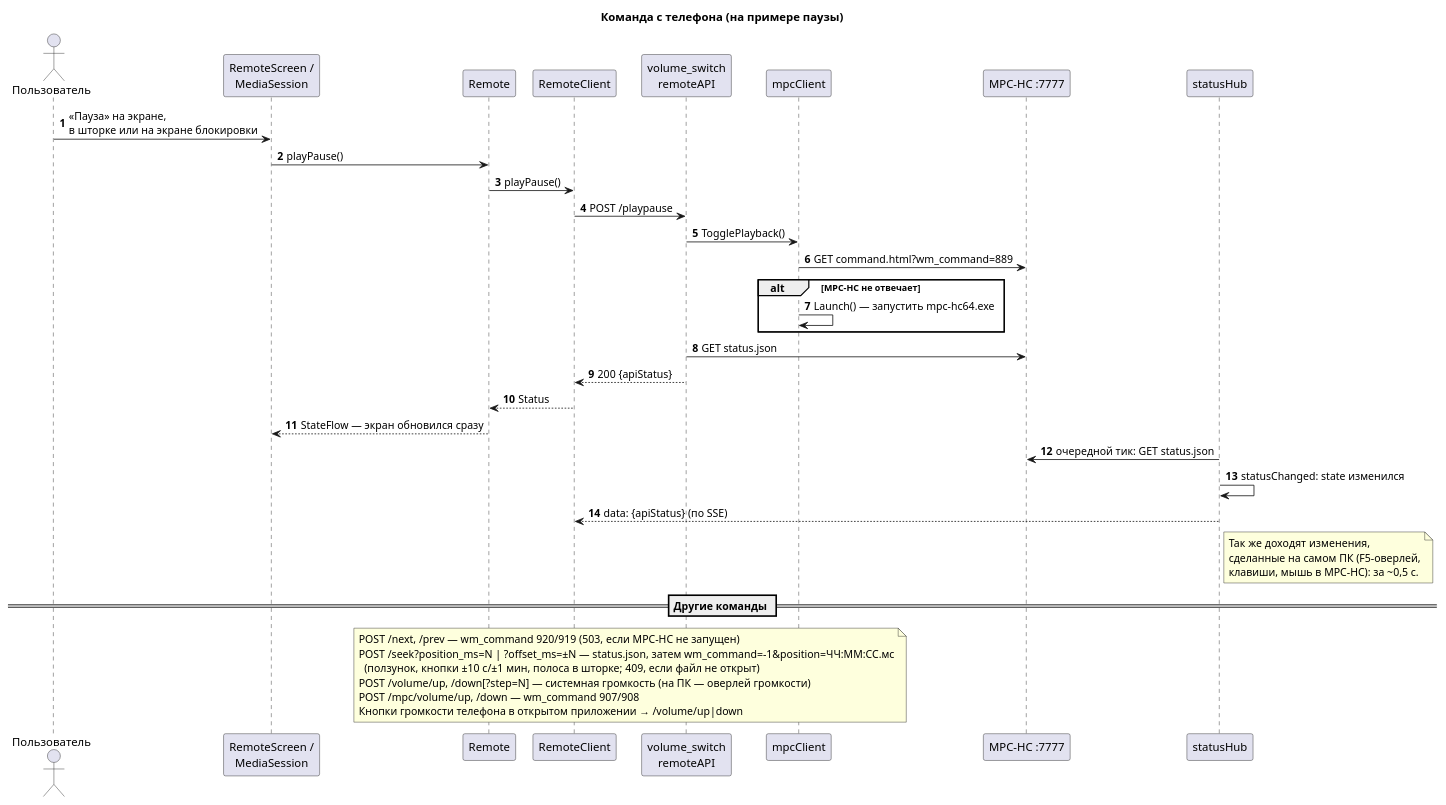
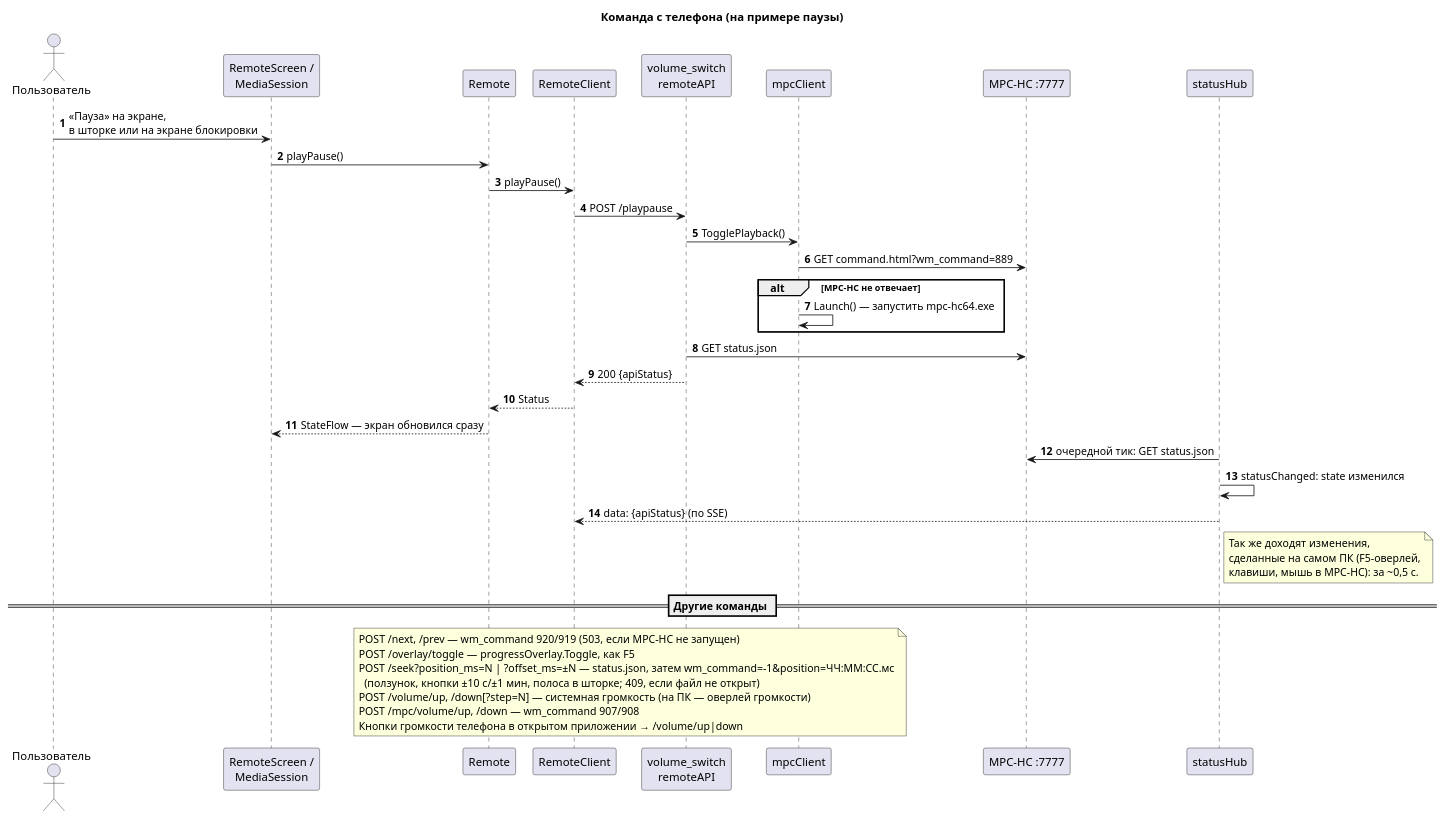
One commit to des1roer/volume_switch changed the diagram in docs/plantuml/03-command.puml. Above: the diagram before and after it, drawn with PlantUML. The commit also changed 10 other files, not shown here.

First line of the commit message:
Toggle the MPC-HC progress overlay from the remote

```diff
--- a/docs/plantuml/03-command.puml
+++ b/docs/plantuml/03-command.puml
@@ -1,46 +1,47 @@
 @startuml remote-command
 title Команда с телефона (на примере паузы)
 
 autonumber
 actor "Пользователь" as user
 participant "RemoteScreen /\nMediaSession" as ui
 participant "Remote" as remote
 participant "RemoteClient" as client
 participant "volume_switch\nremoteAPI" as api
 participant "mpcClient" as mpc
 participant "MPC-HC :7777" as mpchc
 participant "statusHub" as hub
 
 user -> ui : «Пауза» на экране,\nв шторке или на экране блокировки
 ui -> remote : playPause()
 remote -> client : playPause()
 client -> api : POST /playpause
 api -> mpc : TogglePlayback()
 mpc -> mpchc : GET command.html?wm_command=889
 alt MPC-HC не отвечает
   mpc -> mpc : Launch() — запустить mpc-hc64.exe
 end
 api -> mpchc : GET status.json
 api --> client : 200 {apiStatus}
 client --> remote : Status
 remote --> ui : StateFlow — экран обновился сразу
 
 hub -> mpchc : очередной тик: GET status.json
 hub -> hub : statusChanged: state изменился
 hub --> client : data: {apiStatus} (по SSE)
 note right of hub
   Так же доходят изменения,
   сделанные на самом ПК (F5-оверлей,
   клавиши, мышь в MPC-HC): за ~0,5 с.
 end note
 
 == Другие команды ==
 note over client, api
   POST /next, /prev — wm_command 920/919 (503, если MPC-HC не запущен)
+  POST /overlay/toggle — progressOverlay.Toggle, как F5
   POST /seek?position_ms=N | ?offset_ms=±N — status.json, затем wm_command=-1&position=ЧЧ:ММ:СС.мс
     (ползунок, кнопки ±10 с/±1 мин, полоса в шторке; 409, если файл не открыт)
   POST /volume/up, /down[?step=N] — системная громкость (на ПК — оверлей громкости)
   POST /mpc/volume/up, /down — wm_command 907/908
   Кнопки громкости телефона в открытом приложении → /volume/up|down
 end note
 @enduml
```
